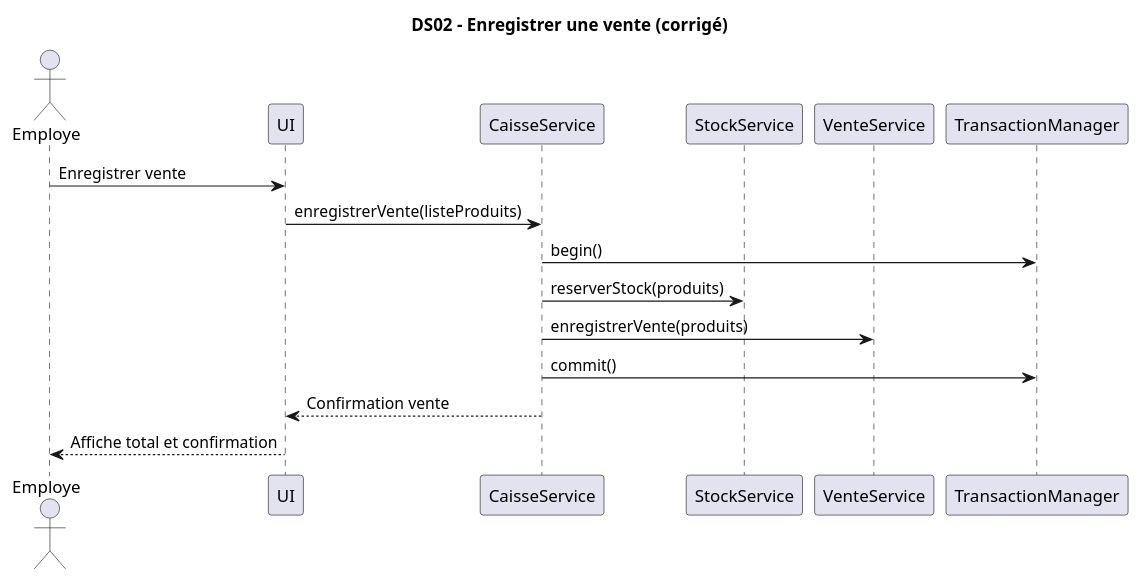
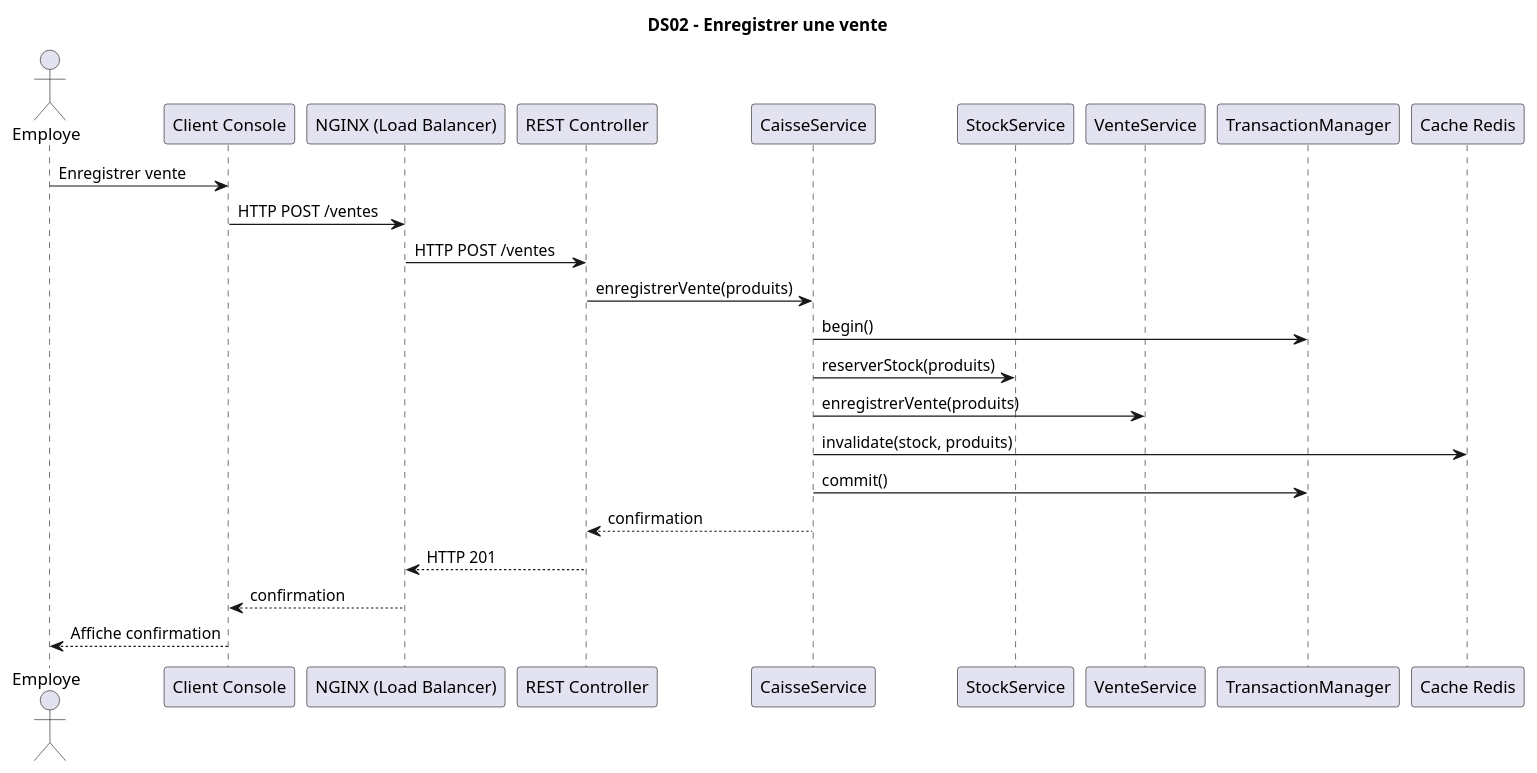
The diagram in docs/UML/DiagrammesDeSequence/DS02-EnregistrerVente.puml (NathanGasseau/LOG430-01-Labo-04), drawn with PlantUML before and after one commit. The commit also changed 10 other files, not shown here.

```diff
--- a/docs/UML/DiagrammesDeSequence/DS02-EnregistrerVente.puml
+++ b/docs/UML/DiagrammesDeSequence/DS02-EnregistrerVente.puml
@@ -1,19 +1,27 @@
 @startuml
-title DS02 – Enregistrer une vente (corrigé)
+title DS02 – Enregistrer une vente
 
 actor Employe
-participant UI
+participant "Client Console" as UI
+participant "NGINX (Load Balancer)" as NGINX
+participant "REST Controller" as Controller
 participant CaisseService
 participant StockService
 participant VenteService
 participant TransactionManager
+participant "Cache Redis" as Redis
 
 Employe -> UI : Enregistrer vente
-UI -> CaisseService : enregistrerVente(listeProduits)
+UI -> NGINX : HTTP POST /ventes
+NGINX -> Controller : HTTP POST /ventes
+Controller -> CaisseService : enregistrerVente(produits)
 CaisseService -> TransactionManager : begin()
 CaisseService -> StockService : reserverStock(produits)
 CaisseService -> VenteService : enregistrerVente(produits)
+CaisseService -> Redis : invalidate(stock, produits)
 CaisseService -> TransactionManager : commit()
-CaisseService --> UI : Confirmation vente
-UI --> Employe : Affiche total et confirmation
+CaisseService --> Controller : confirmation
+Controller --> NGINX : HTTP 201
+NGINX --> UI : confirmation
+UI --> Employe : Affiche confirmation
 @enduml
```
